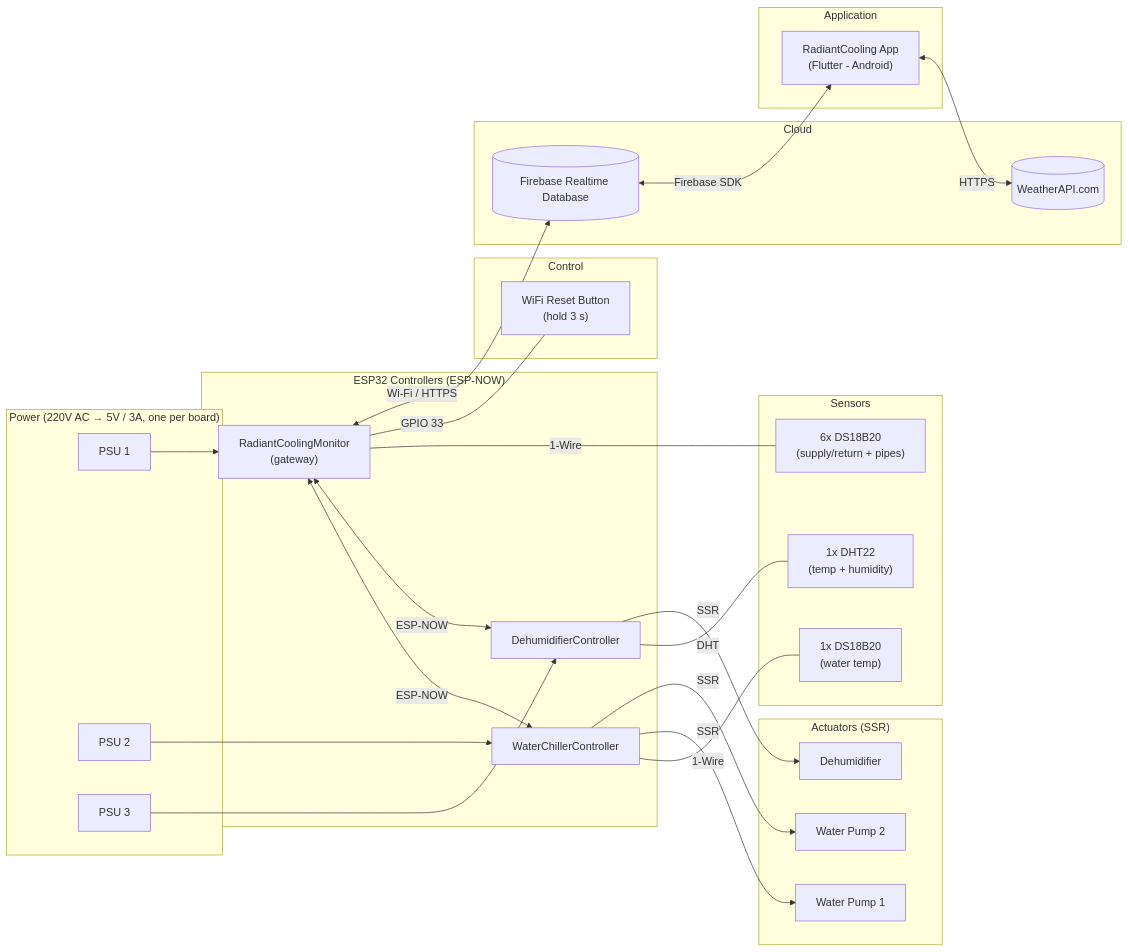
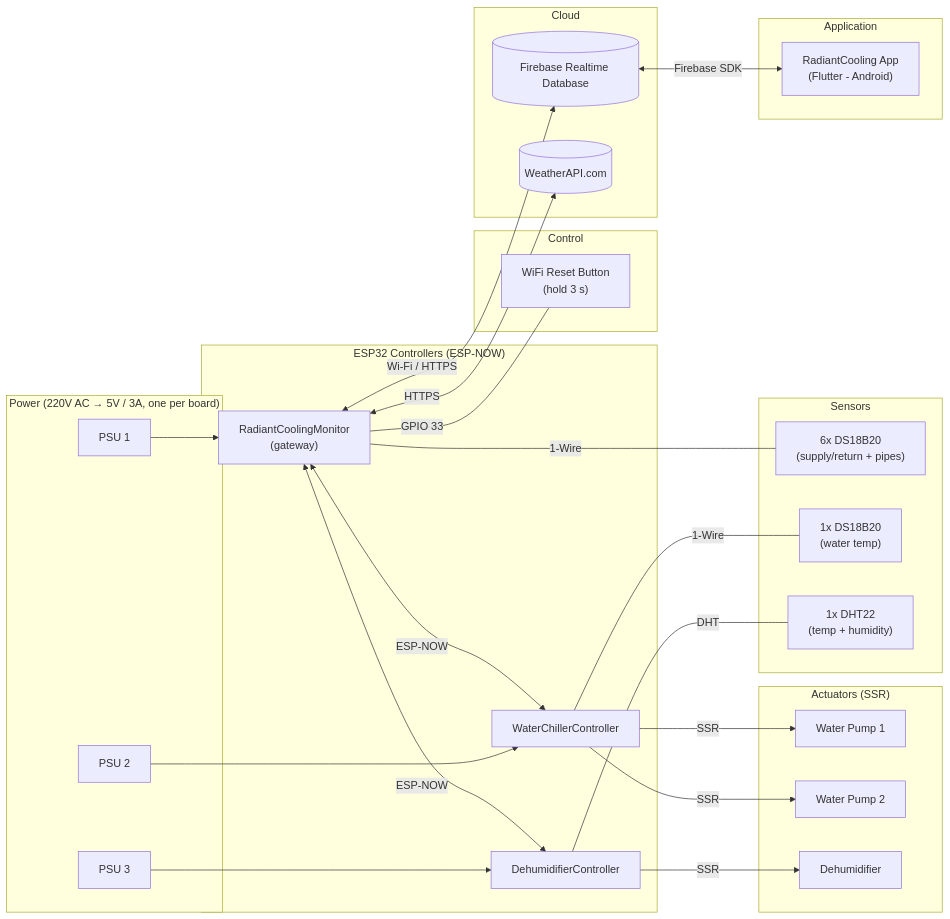
One commit to qppd/radiant-cooling changed the diagram in docs/diagrams/block-diagram.md. Above: the diagram before and after it, drawn with Mermaid. The commit also changed other lines of this file and 20 other files, not shown here.

````diff
--- a/docs/diagrams/block-diagram.md
+++ b/docs/diagrams/block-diagram.md
@@ -17,59 +17,59 @@
 ```mermaid
 flowchart LR
     subgraph PWR["Power (220V AC → 5V / 3A, one per board)"]
         PS1["PSU 1"]
         PS2["PSU 2"]
         PS3["PSU 3"]
     end
 
     subgraph CTRL["ESP32 Controllers (ESP-NOW)"]
         GW["RadiantCoolingMonitor<br/>(gateway)"]
         WCC["WaterChillerController"]
         DHC["DehumidifierController"]
     end
 
     subgraph SEN["Sensors"]
         T6["6x DS18B20<br/>(supply/return + pipes)"]
         T1["1x DS18B20<br/>(water temp)"]
         DHT["1x DHT22<br/>(temp + humidity)"]
     end
 
     subgraph BTN["Control"]
         RESET["WiFi Reset Button<br/>(hold 3 s)"]
     end
 
     subgraph ACT["Actuators (SSR)"]
         P1["Water Pump 1"]
         P2["Water Pump 2"]
         DHU["Dehumidifier"]
     end
 
     subgraph CLOUD["Cloud"]
         FB[("Firebase Realtime Database")]
         WX[("WeatherAPI.com")]
     end
 
     subgraph APP["Application"]
         UI["RadiantCooling App<br/>(Flutter - Android)"]
     end
 
     PS1 --> GW
     PS2 --> WCC
     PS3 --> DHC
 
     GW <-->|"ESP-NOW"| WCC
     GW <-->|"ESP-NOW"| DHC
 
     GW ---|"1-Wire"| T6
     GW ---|"GPIO 33"| RESET
     WCC ---|"1-Wire"| T1
     DHC ---|"DHT"| DHT
 
     WCC -->|"SSR"| P1
     WCC -->|"SSR"| P2
     DHC -->|"SSR"| DHU
 
     GW <-->|"Wi-Fi / HTTPS"| FB
-    UI <-->|"HTTPS"| WX
+    GW <-->|"HTTPS"| WX
     FB <-->|"Firebase SDK"| UI
 ```
````
